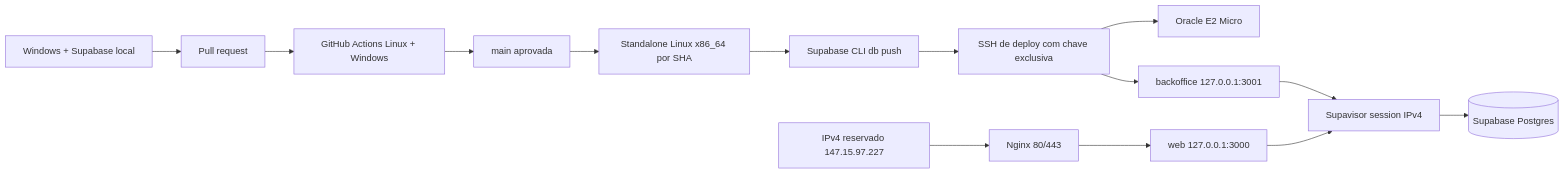
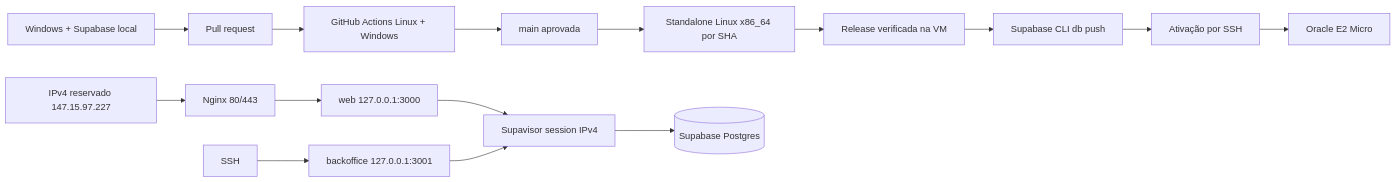
Before and after one commit to PedroRomeroM/set-livre: the diagram in docs/infrastructure.md, drawn with Mermaid. The commit also changed other lines of this file and 12 other files, not shown here.

Commit message:
fix(deploy): stage exact release before migrations

````diff
--- a/docs/infrastructure.md
+++ b/docs/infrastructure.md
@@ -22,16 +22,17 @@
 ```mermaid
 flowchart LR
     DEV[Windows + Supabase local] --> PR[Pull request]
     PR --> CI[GitHub Actions Linux + Windows]
     CI --> MAIN[main aprovada]
     MAIN --> ART[Standalone Linux x86_64 por SHA]
-    ART --> MIG[Supabase CLI db push]
-    MIG --> SSH[SSH de deploy com chave exclusiva]
-    SSH --> VM[Oracle E2 Micro]
+    ART --> STAGE[Release verificada na VM]
+    STAGE --> MIG[Supabase CLI db push]
+    MIG --> ACT[Ativação por SSH]
+    ACT --> VM[Oracle E2 Micro]
     IP[IPv4 reservado 147.15.97.227] --> NG[Nginx 80/443]
     NG --> WEB[web 127.0.0.1:3000]
     SSH --> BO[backoffice 127.0.0.1:3001]
     WEB --> POOL[Supavisor session IPv4]
     BO --> POOL
     POOL --> DB[(Supabase Postgres)]
 ```
````
